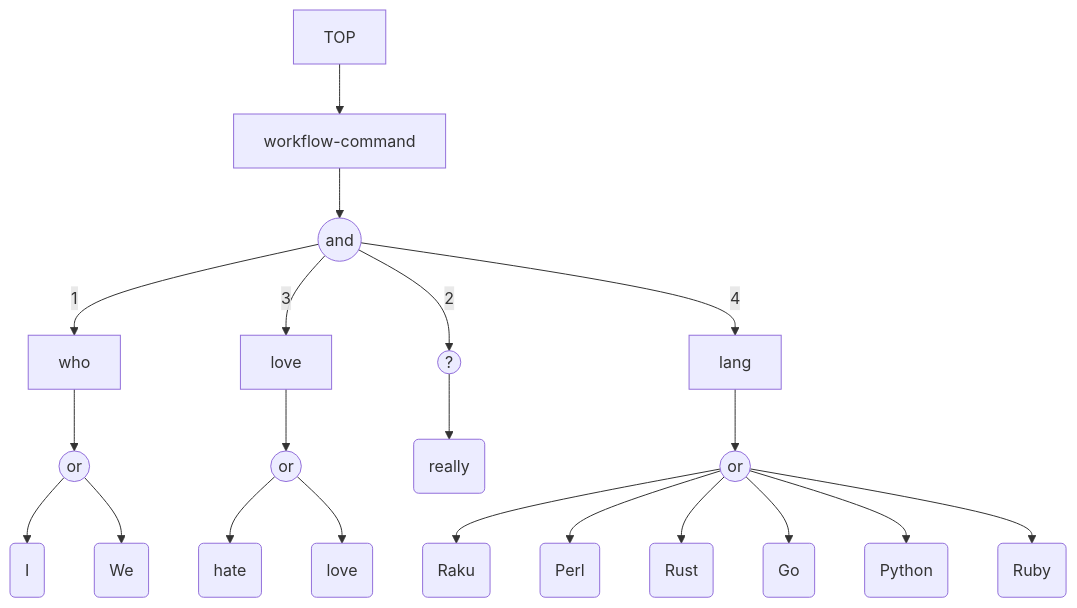
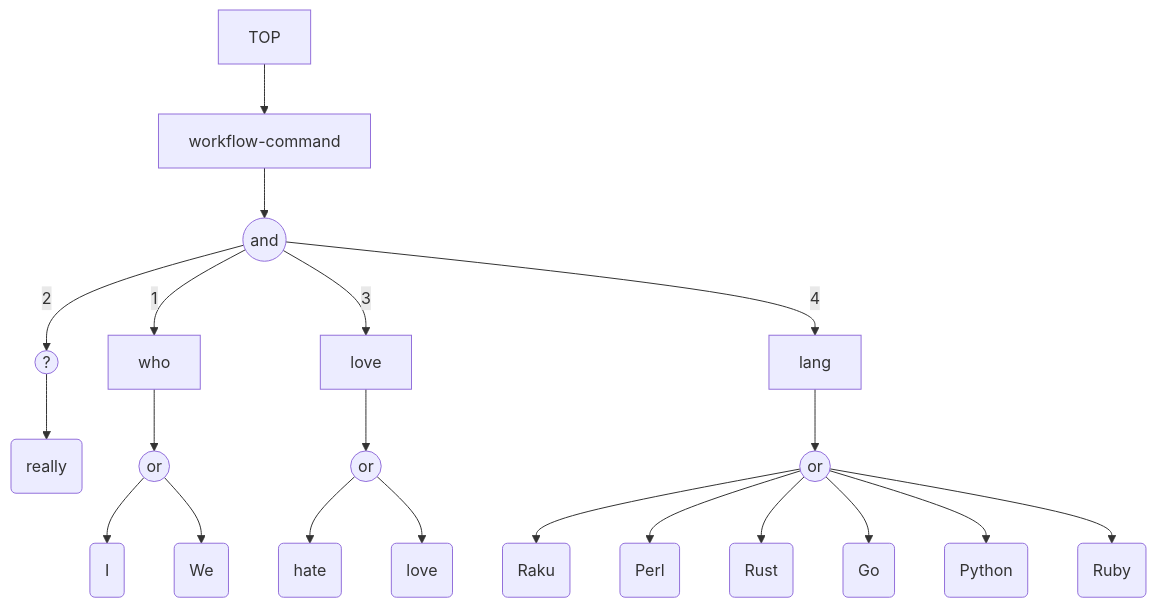
Before and after one commit to antononcube/Raku-FunctionalParsers: the sixth of 7 diagrams in doc/Graph-representation-of-grammars.md, drawn with Mermaid. The commit also changed other lines of this file and 1 other file, not shown here.

````diff
--- a/doc/Graph-representation-of-grammars.md
+++ b/doc/Graph-representation-of-grammars.md
@@ -292,44 +242,44 @@
 ```mermaid
 graph TD
+	T:Python("Python")
+	T:Raku("Raku")
+	T:love("love")
+	T:We("We")
+	T:Perl("Perl")
+	NT:TOP["TOP"]
+	T:really("really")
+	seq19((and))
+	alt3((or))
+	T:Go("Go")
+	T:I("I")
+	T:hate("hate")
+	NT:workflow-command["workflow-command"]
+	alt15((or))
+	alt11((or))
+	NT:who["who"]
+	T:Rust("Rust")
 	NT:lang["lang"]
 	NT:love["love"]
-	T:We("We")
-	T:I("I")
-	NT:TOP["TOP"]
-	NT:who["who"]
+	opt21((?))
 	T:Ruby("Ruby")
-	T:Go("Go")
-	T:Perl("Perl")
-	T:Raku("Raku")
-	alt11((or))
-	T:Python("Python")
-	alt15((or))
-	T:hate("hate")
-	seq19((and))
-	T:Rust("Rust")
-	T:really("really")
-	opt21((?))
-	NT:workflow-command["workflow-command"]
-	alt3((or))
-	T:love("love")
 	NT:TOP --> NT:workflow-command
 	alt3 --> T:Raku
 	alt3 --> T:Perl
 	alt3 --> T:Rust
 	alt3 --> T:Go
 	alt3 --> T:Python
 	alt3 --> T:Ruby
 	NT:lang --> alt3
 	alt11 --> T:hate
 	alt11 --> T:love
 	NT:love --> alt11
 	alt15 --> T:I
 	alt15 --> T:We
 	NT:who --> alt15
 	opt21 --> T:really
 	seq19 --> |1|NT:who
 	seq19 --> |2|opt21
 	seq19 --> |3|NT:love
 	seq19 --> |4|NT:lang
 	NT:workflow-command --> seq19
 ```
````
